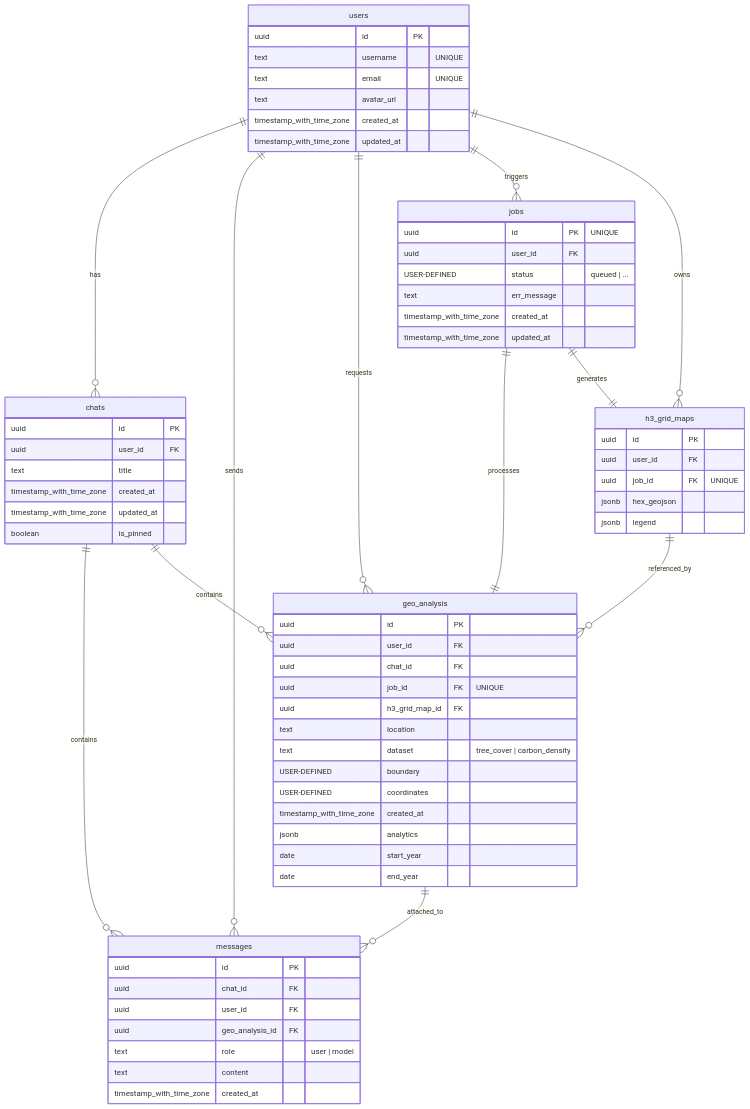
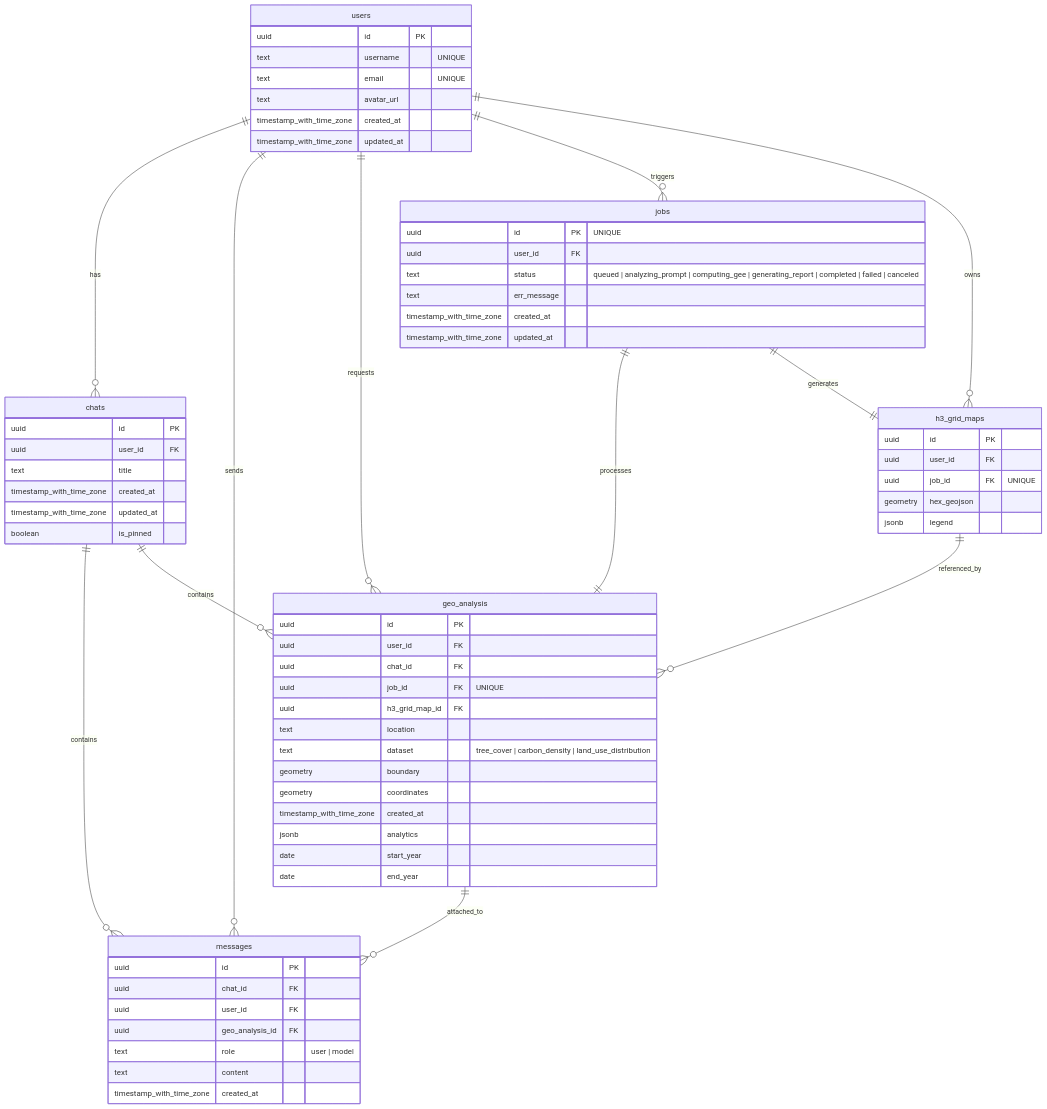
One commit to Harilala42/Canopiq changed the diagram in README.md. Above: the diagram before and after it, drawn with Mermaid. The commit also changed other lines of this file and 18 other files, not shown here.

````diff
--- a/README.md
+++ b/README.md
@@ -41,78 +43,78 @@
 ```mermaid
 erDiagram
 	users {
 		uuid id PK
 		text username "UNIQUE"
 		text email "UNIQUE"
 		text avatar_url
 		timestamp_with_time_zone created_at
 		timestamp_with_time_zone updated_at
 	}
 
 	chats {
 		uuid id PK
 		uuid user_id FK
 		text title
 		timestamp_with_time_zone created_at
 		timestamp_with_time_zone updated_at
 		boolean is_pinned
 	}
 
 	messages {
 		uuid id PK
 		uuid chat_id FK
 		uuid user_id FK
 		uuid geo_analysis_id FK
 		text role "user | model"
 		text content
 		timestamp_with_time_zone created_at
 	}
 
 	geo_analysis {
 		uuid id PK
 		uuid user_id FK
 		uuid chat_id FK
 		uuid job_id FK "UNIQUE"
 		uuid h3_grid_map_id FK
 		text location
-		text dataset "tree_cover | carbon_density"
-		USER-DEFINED boundary
-		USER-DEFINED coordinates
+		text dataset "tree_cover | carbon_density | land_use_distribution"
+		geometry boundary
+		geometry coordinates
 		timestamp_with_time_zone created_at
 		jsonb analytics
 		date start_year
 		date end_year
 	}
 
 	jobs {
 		uuid id PK "UNIQUE"
 		uuid user_id FK
-		USER-DEFINED status "queued | ..."
+		text status "queued | analyzing_prompt | computing_gee | generating_report | completed | failed | canceled"
 		text err_message
 		timestamp_with_time_zone created_at
 		timestamp_with_time_zone updated_at
 	}
 
 	h3_grid_maps {
 		uuid id PK
 		uuid user_id FK
 		uuid job_id FK "UNIQUE"
-		jsonb hex_geojson
+		geometry hex_geojson
 		jsonb legend
 	}
 
 	users ||--o{ chats : "has"
 	users ||--o{ messages : "sends"
 	users ||--o{ geo_analysis : "requests"
 	users ||--o{ jobs : "triggers"
 	users ||--o{ h3_grid_maps : "owns"
 
 	chats ||--o{ messages : "contains"
 	chats ||--o{ geo_analysis : "contains"
 
 	jobs ||--|| geo_analysis : "processes"
 	jobs ||--|| h3_grid_maps : "generates"
 
 	h3_grid_maps ||--o{ geo_analysis : "referenced_by"
 	geo_analysis ||--o{ messages : "attached_to"
 ```
````
